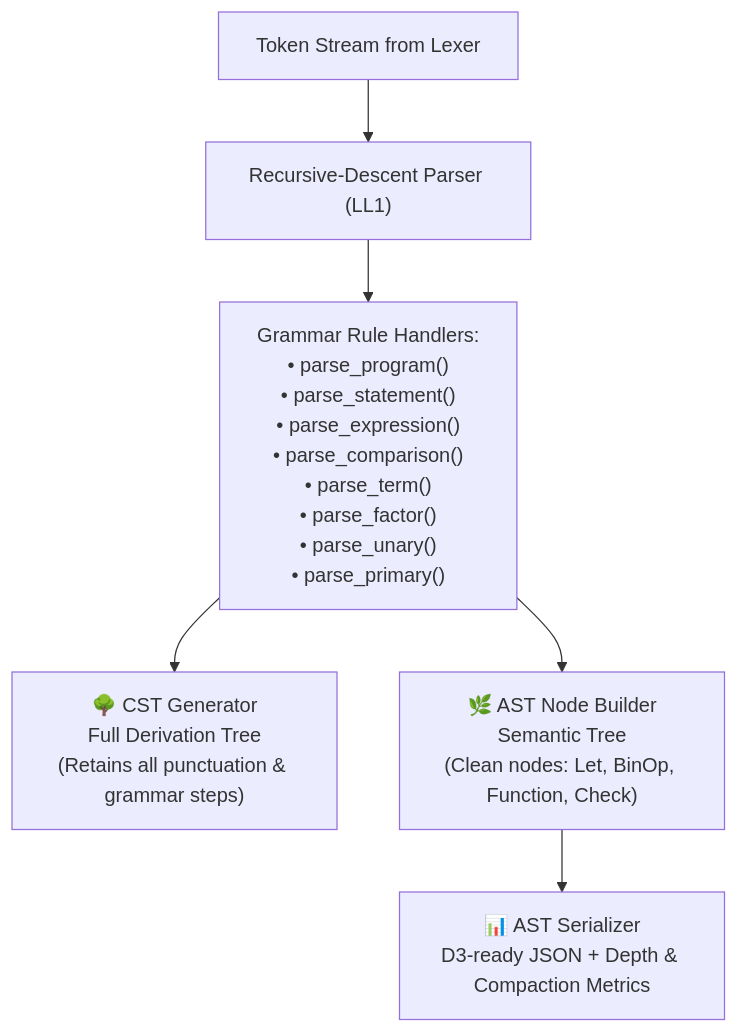
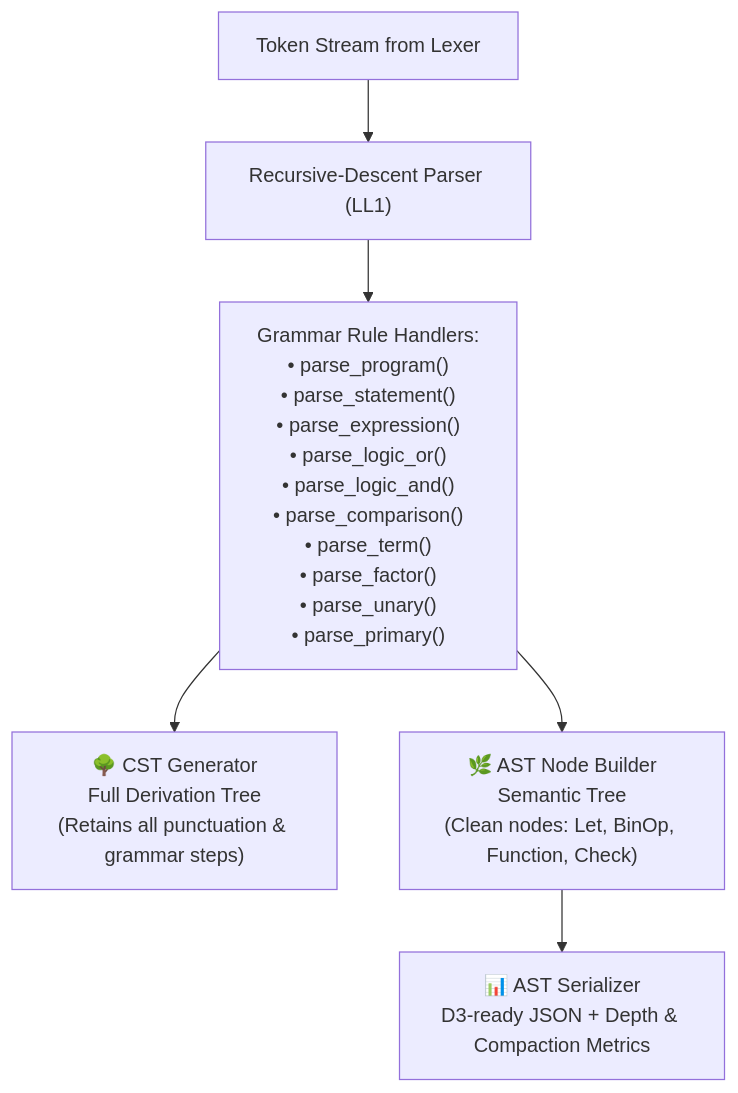
One commit to Humble-Librarian/CHUD changed the third of 6 diagrams in ARCHITECTURE.md. Above: the diagram before and after it, drawn with Mermaid. The commit also changed other lines of this file and 10 other files, not shown here.

````diff
--- a/ARCHITECTURE.md
+++ b/ARCHITECTURE.md
@@ -78,11 +79,11 @@
 ```mermaid
 flowchart TD
     Tokens["Token Stream from Lexer"] --> Parser["Recursive-Descent Parser (LL1)"]
     
-    Parser --> GrammarRules["Grammar Rule Handlers:<br>• parse_program()<br>• parse_statement()<br>• parse_expression()<br>• parse_comparison()<br>• parse_term()<br>• parse_factor()<br>• parse_unary()<br>• parse_primary()"]
+    Parser --> GrammarRules["Grammar Rule Handlers:<br>• parse_program()<br>• parse_statement()<br>• parse_expression()<br>• parse_logic_or()<br>• parse_logic_and()<br>• parse_comparison()<br>• parse_term()<br>• parse_factor()<br>• parse_unary()<br>• parse_primary()"]
     
     GrammarRules --> CST["🌳 CST Generator<br>Full Derivation Tree<br>(Retains all punctuation & grammar steps)"]
     GrammarRules --> AST["🌿 AST Node Builder<br>Semantic Tree<br>(Clean nodes: Let, BinOp, Function, Check)"]
     
     AST --> Serializer["📊 AST Serializer<br>D3-ready JSON + Depth & Compaction Metrics"]
 ```
````
